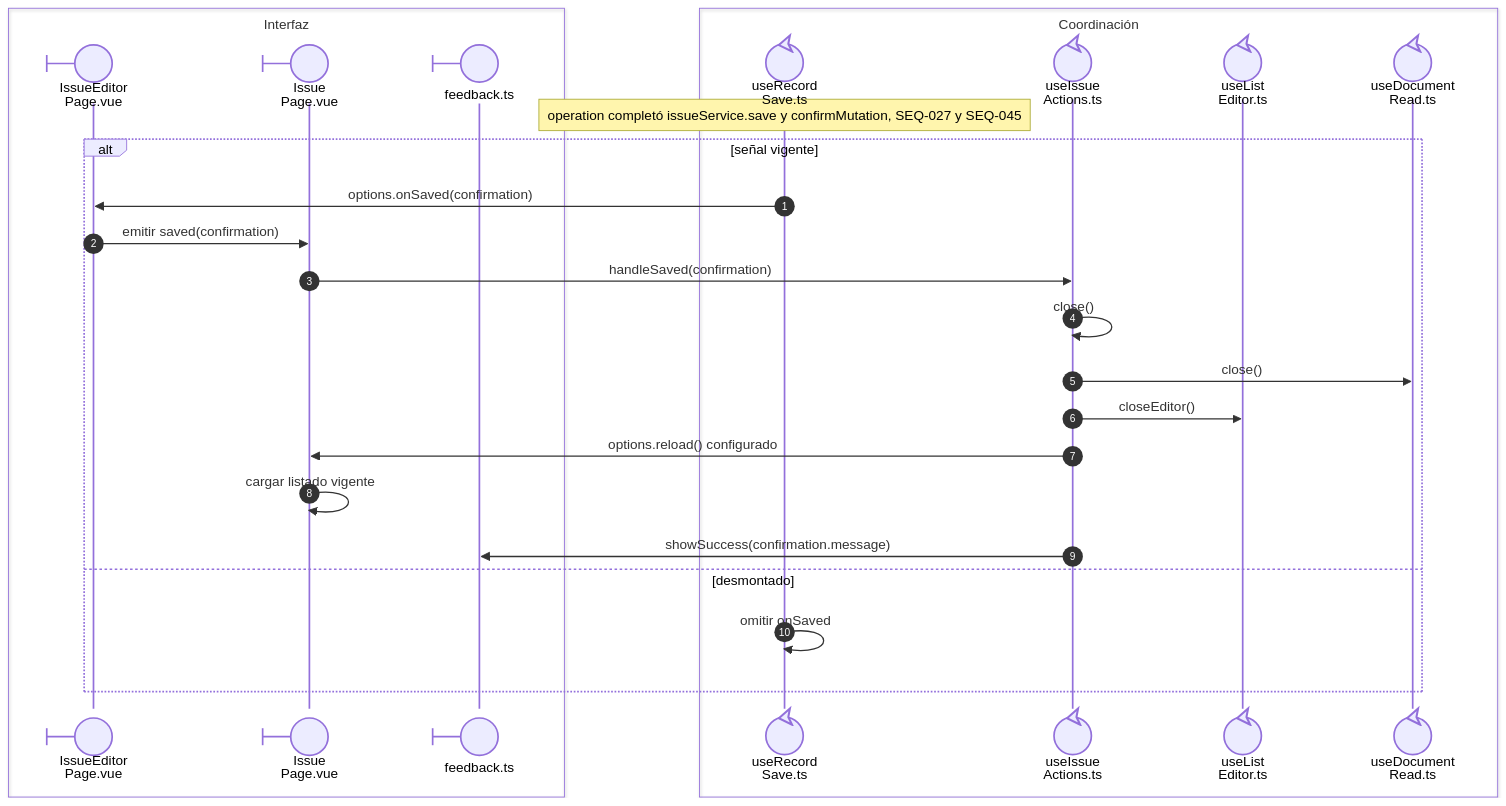
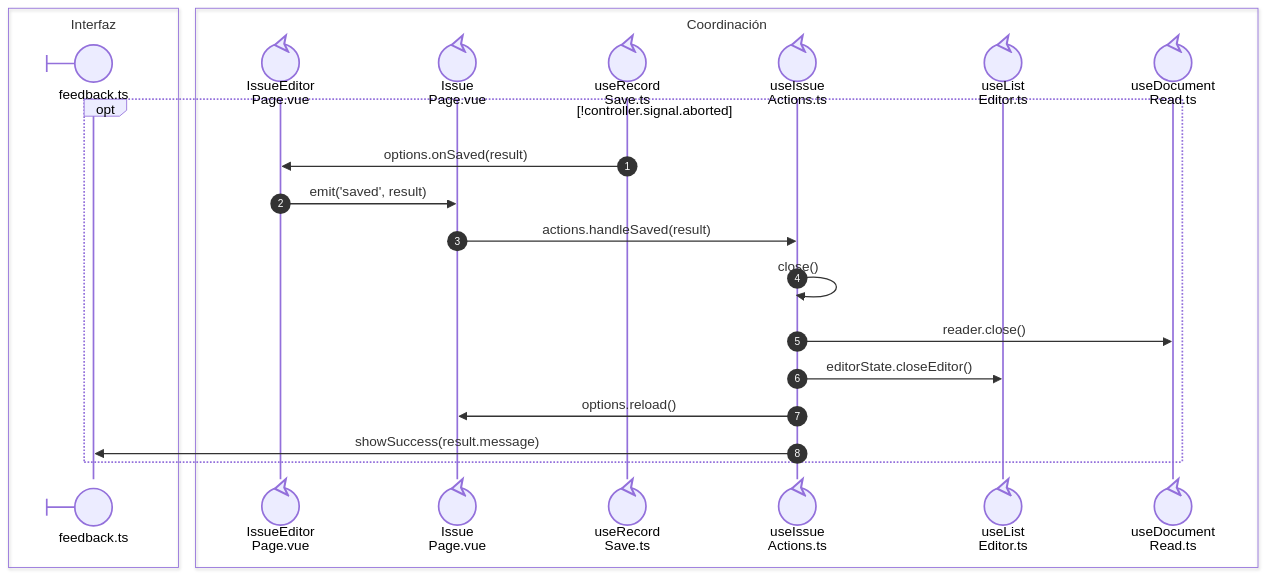
Before and after one commit to gpgsistemas01/nexus: the second of 3 diagrams in front/docs/architecture/views/development/design-and-construction-patterns/08-document-responsibilities.md, drawn with Mermaid. The commit also changed other lines of this file and 43 other files, not shown here.

````diff
--- a/front/docs/architecture/views/development/design-and-construction-patterns/08-document-responsibilities.md
+++ b/front/docs/architecture/views/development/design-and-construction-patterns/08-document-responsibilities.md
@@ -101,29 +101,25 @@
 ```mermaid
 sequenceDiagram
     autonumber
     box Interfaz
-    participant EditorPage@{ "type": "boundary" } as IssueEditor<br/>Page.vue
-    participant Page@{ "type": "boundary" } as Issue<br/>Page.vue
     participant Feedback@{ "type": "boundary" } as feedback.ts
     end
     box Coordinación
+    participant EditorPage@{ "type": "control" } as IssueEditor<br/>Page.vue
+    participant Page@{ "type": "control" } as Issue<br/>Page.vue
     participant Save@{ "type": "control" } as useRecord<br/>Save.ts
     participant Actions@{ "type": "control" } as useIssue<br/>Actions.ts
     participant State@{ "type": "control" } as useList<br/>Editor.ts
     participant Reader@{ "type": "control" } as useDocument<br/>Read.ts
     end
-    Note over Save: operation completó issueService.save y confirmMutation, SEQ-027 y SEQ-045
-    alt señal vigente
-        Save->>EditorPage: options.onSaved(confirmation)
-        EditorPage->>Page: emitir saved(confirmation)
-        Page->>Actions: handleSaved(confirmation)
-        Actions->>Actions: close()
-        Actions->>Reader: close()
-        Actions->>State: closeEditor()
-        Actions->>Page: options.reload() configurado
-        Page->>Page: cargar listado vigente
-        Actions->>Feedback: showSuccess(confirmation.message)
-    else desmontado
-        Save->>Save: omitir onSaved
+    opt nowrap: !controller.signal.aborted
+        Save->>EditorPage: nowrap: options.onSaved(result)
+        EditorPage->>Page: nowrap: emit('saved', result)
+        Page->>Actions: nowrap: actions.handleSaved(result)
+        Actions->>Actions: nowrap: close()
+        Actions->>Reader: nowrap: reader.close()
+        Actions->>State: nowrap: editorState.closeEditor()
+        Actions->>Page: nowrap: options.reload()
+        Actions->>Feedback: nowrap: showSuccess(result.message)
     end
 ```
````
